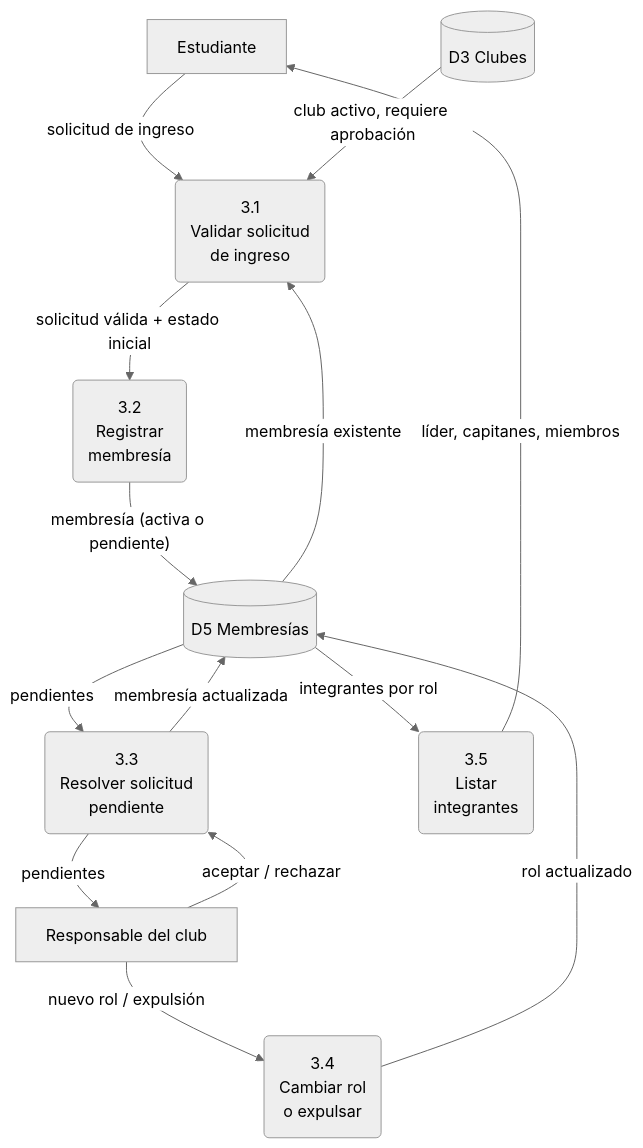
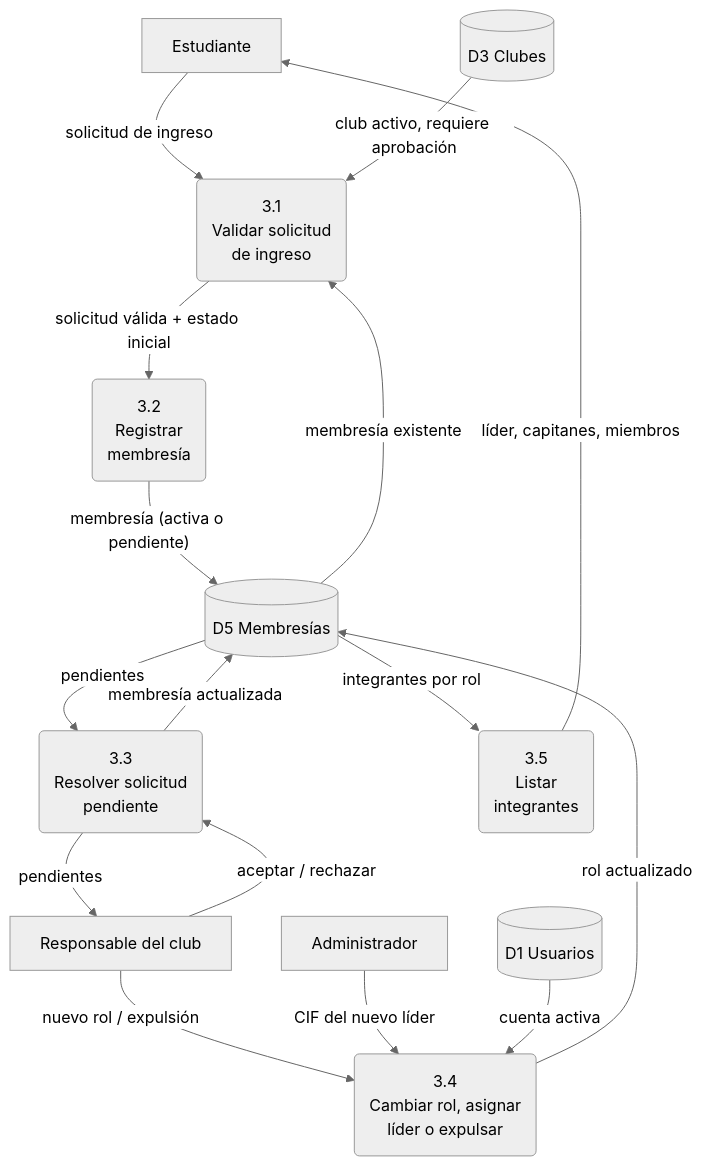
One commit to Lis-carl/Vortex_club-s changed the third of 6 diagrams in docs/03_analisis_procesos.md. Above: the diagram before and after it, drawn with Mermaid (neutral theme). The commit also changed other lines of this file and 61 other files, not shown here.

````diff
--- a/docs/03_analisis_procesos.md
+++ b/docs/03_analisis_procesos.md
@@ -128,27 +129,31 @@
 ```mermaid
 flowchart TB
     EST[Estudiante]
     RES[Responsable del club]
+    ADM[Administrador]
+    D1[("D1 Usuarios")]
     D3[("D3 Clubes")]
     D5[("D5 Membresías")]
 
     P31("3.1<br/>Validar solicitud<br/>de ingreso")
     P32("3.2<br/>Registrar<br/>membresía")
     P33("3.3<br/>Resolver solicitud<br/>pendiente")
-    P34("3.4<br/>Cambiar rol<br/>o expulsar")
+    P34("3.4<br/>Cambiar rol, asignar<br/>líder o expulsar")
     P35("3.5<br/>Listar<br/>integrantes")
 
     EST -- "solicitud de ingreso" --> P31
     D3 -- "club activo, requiere aprobación" --> P31
     D5 -- "membresía existente" --> P31
     P31 -- "solicitud válida + estado inicial" --> P32
     P32 -- "membresía (activa o pendiente)" --> D5
     D5 -- "pendientes" --> P33
     P33 -- "pendientes" --> RES
     RES -- "aceptar / rechazar" --> P33
     P33 -- "membresía actualizada" --> D5
     RES -- "nuevo rol / expulsión" --> P34
+    ADM -- "CIF del nuevo líder" --> P34
+    D1 -- "cuenta activa" --> P34
     P34 -- "rol actualizado" --> D5
     D5 -- "integrantes por rol" --> P35
     P35 -- "líder, capitanes, miembros" --> EST
 ```
````
